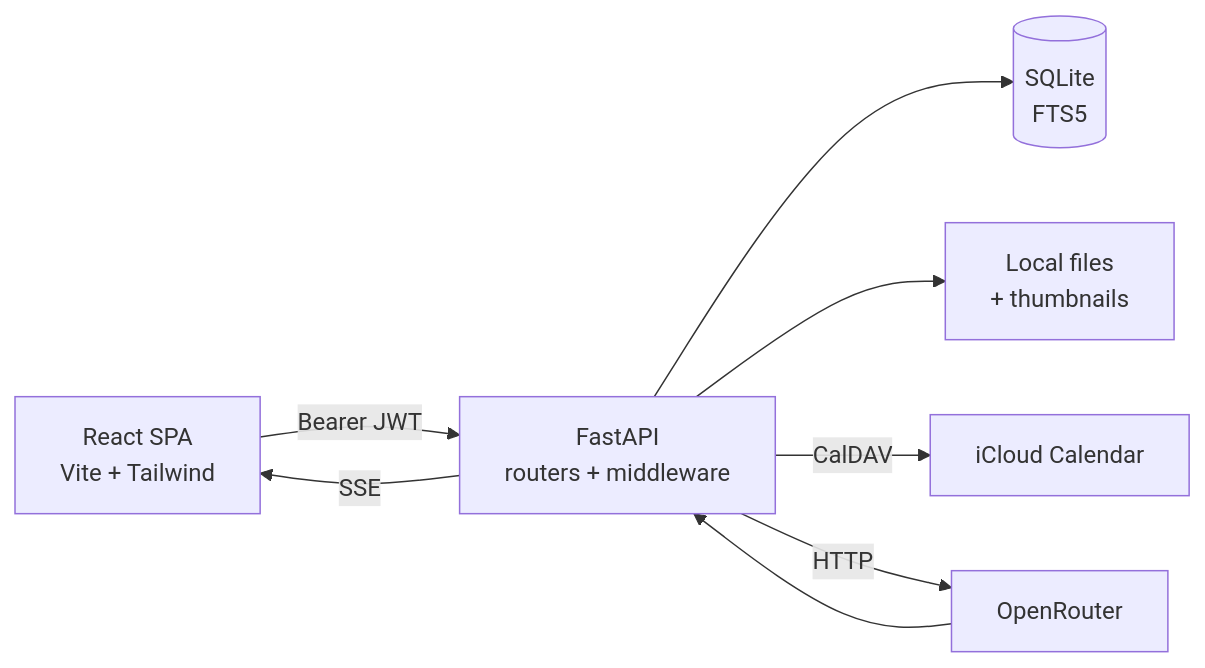
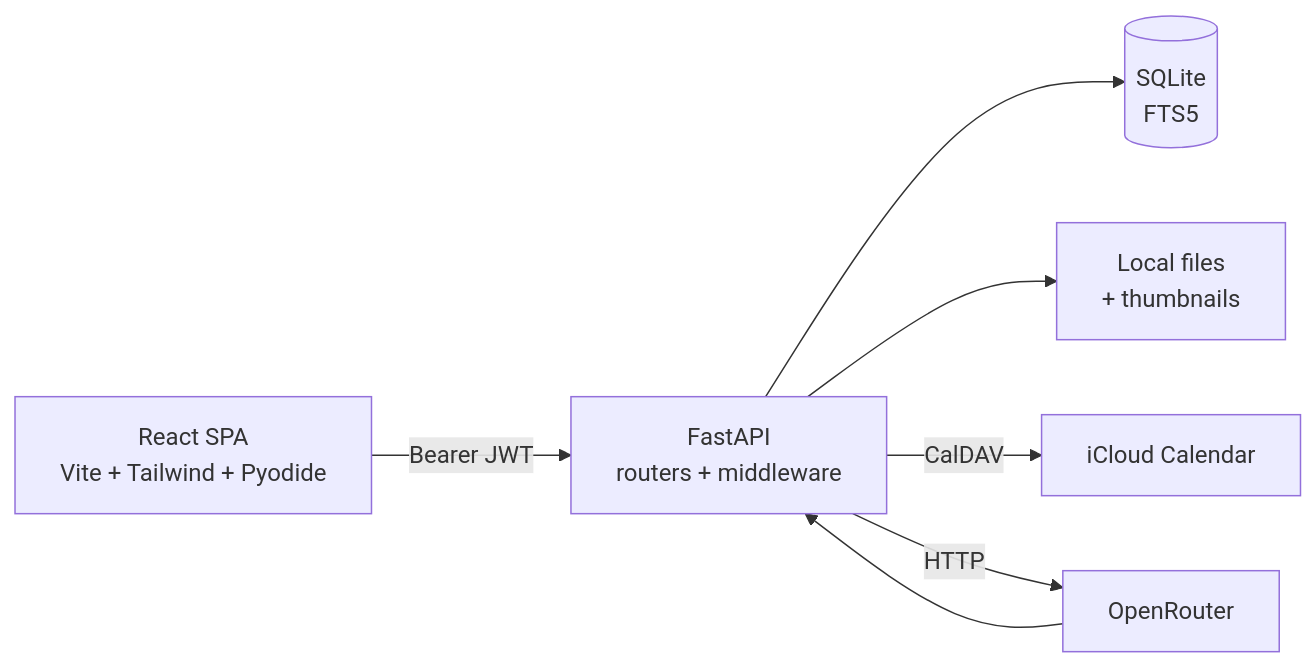
The first of 2 diagrams in README.md (lucabae/studyist), drawn with Mermaid before and after one commit. The commit also changed other lines of this file, not shown here.

Commit message:
docs: update README for Hoy dashboard and in-browser Pyodide runner

````diff
--- a/README.md
+++ b/README.md
@@ -42,10 +40,9 @@
 ```mermaid
 flowchart LR
-  UI["React SPA<br/>Vite + Tailwind"] -->|Bearer JWT| API["FastAPI<br/>routers + middleware"]
+  UI["React SPA<br/>Vite + Tailwind + Pyodide"] -->|Bearer JWT| API["FastAPI<br/>routers + middleware"]
   API --> DB[("SQLite<br/>FTS5")]
   API --> FS["Local files<br/>+ thumbnails"]
   API -->|CalDAV| IC["iCloud Calendar"]
   API -->|HTTP| OR["OpenRouter"]
   OR --> API
-  API -->|SSE| UI
 ```
````
